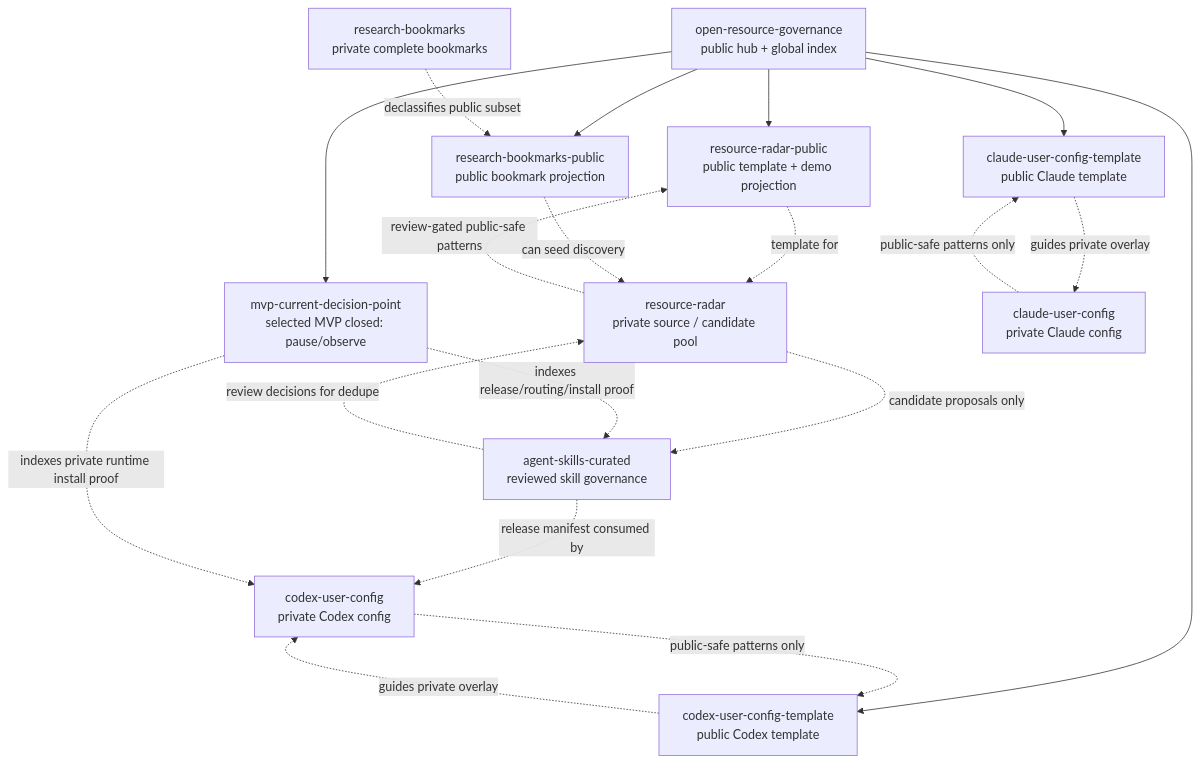
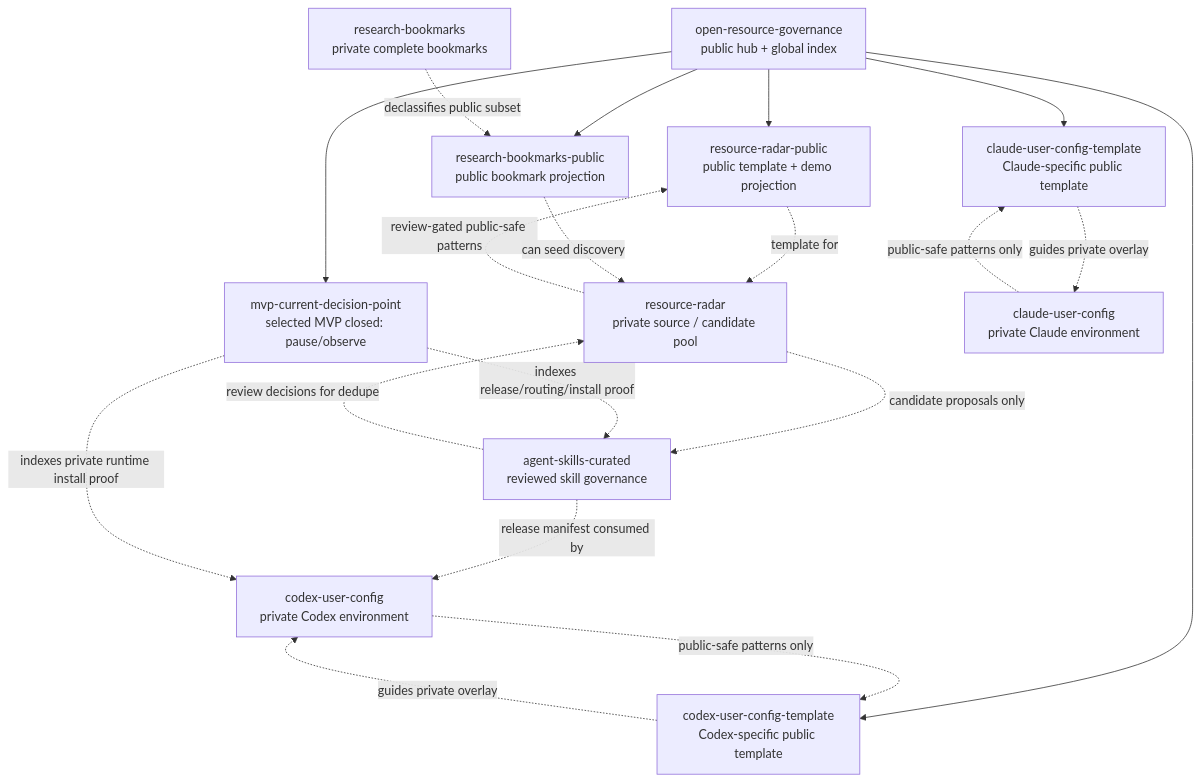
The diagram in docs/system-topology.md (yiheng8023/open-resource-governance), drawn with Mermaid before and after one commit. The commit also changed other lines of this file and 5 other files, not shown here.

````diff
--- a/docs/system-topology.md
+++ b/docs/system-topology.md
@@ -61,41 +69,41 @@
 ```mermaid
 flowchart TD
   hub["open-resource-governance<br/>public hub + global index"]
 
   radarPrivate["resource-radar<br/>private source / candidate pool"]
   radarPublic["resource-radar-public<br/>public template + demo projection"]
 
   bookmarksPrivate["research-bookmarks<br/>private complete bookmarks"]
   bookmarksPublic["research-bookmarks-public<br/>public bookmark projection"]
 
   skills["agent-skills-curated<br/>reviewed skill governance"]
   mvpGate["mvp-current-decision-point<br/>selected MVP closed: pause/observe"]
 
-  codexTemplate["codex-user-config-template<br/>public Codex template"]
-  codexPrivate["codex-user-config<br/>private Codex config"]
-  claudeTemplate["claude-user-config-template<br/>public Claude template"]
-  claudePrivate["claude-user-config<br/>private Claude config"]
+  codexTemplate["codex-user-config-template<br/>Codex-specific public template"]
+  codexPrivate["codex-user-config<br/>private Codex environment"]
+  claudeTemplate["claude-user-config-template<br/>Claude-specific public template"]
+  claudePrivate["claude-user-config<br/>private Claude environment"]
 
   hub --> radarPublic
   hub --> bookmarksPublic
   hub --> codexTemplate
   hub --> claudeTemplate
   hub --> mvpGate
 
   radarPublic -. "template for" .-> radarPrivate
   radarPrivate -. "review-gated public-safe patterns" .-> radarPublic
 
   bookmarksPrivate -. "declassifies public subset" .-> bookmarksPublic
   bookmarksPublic -. "can seed discovery" .-> radarPrivate
 
   radarPrivate -. "candidate proposals only" .-> skills
   skills -. "review decisions for dedupe" .-> radarPrivate
   skills -. "release manifest consumed by" .-> codexPrivate
   mvpGate -. "indexes release/routing/install proof" .-> skills
   mvpGate -. "indexes private runtime install proof" .-> codexPrivate
 
   codexTemplate -. "guides private overlay" .-> codexPrivate
   codexPrivate -. "public-safe patterns only" .-> codexTemplate
   claudeTemplate -. "guides private overlay" .-> claudePrivate
   claudePrivate -. "public-safe patterns only" .-> claudeTemplate
 ```
````
